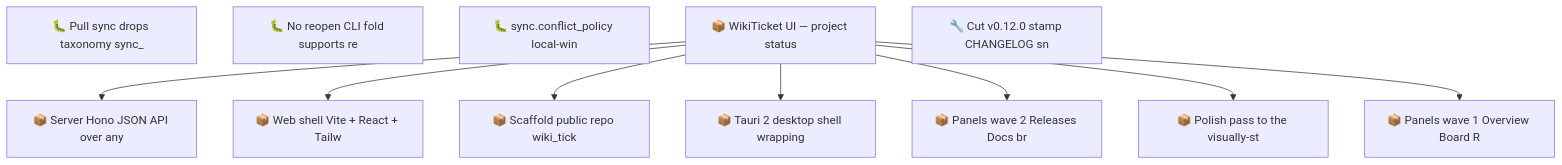
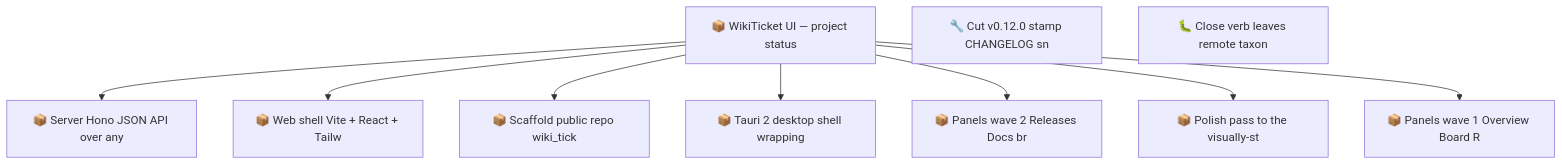
One commit to SpillwaveSolutions/wiki_ticket_sdd changed the second of 2 diagrams in docs/roadmap.md. Above: the diagram before and after it, drawn with Mermaid. The commit also changed other lines of this file and 1 other file, not shown here.

First line of the commit message:
chore: close v0.12.0 sync-fix items (PR #73 merged); sync tickets

````diff
--- a/docs/roadmap.md
+++ b/docs/roadmap.md
@@ -97,22 +90,20 @@
 ```mermaid
 graph TD
-    01KXY8V5WZJ4E76B3D39KW5DCE["🐛 Pull sync drops taxonomy sync_"]
-    01KXY8V62QH1H1V70M0Y08ARXX["🐛 No reopen CLI fold supports re"]
-    01KXY8V686YPK4ET2XFB2KW2RX["🐛 sync.conflict_policy local-win"]
     01KY111BC71KJGNH55CB2DWMKN["📦 Server Hono JSON API over any"]
     01KY111BC7B70C7M2RF1E57G17["📦 Web shell Vite + React + Tailw"]
     01KY111BC7NJ4BE7JBDK2P6Y56["📦 Scaffold public repo wiki_tick"]
     01KY111BC7PABV8W6SDNVQACSN["📦 WikiTicket UI — project status"]
     01KY111BC842N3J7Y7H85NHSEG["📦 Tauri 2 desktop shell wrapping"]
     01KY111BC88FS6QD49JADZ9CJ5["📦 Panels wave 2 Releases Docs br"]
     01KY111BC8F9BH0T3TERYEFC3C["📦 Polish pass to the visually-st"]
     01KY111BC8QJAS9KH7N368N6RF["📦 Panels wave 1 Overview Board R"]
     01KY11HDR3A5SR342DHG1BH5AZ["🔧 Cut v0.12.0 stamp CHANGELOG sn"]
+    01KY129SGV3DEX5NVAP34VV9G2["🐛 Close verb leaves remote taxon"]
     01KY111BC7PABV8W6SDNVQACSN --> 01KY111BC71KJGNH55CB2DWMKN
     01KY111BC7PABV8W6SDNVQACSN --> 01KY111BC7B70C7M2RF1E57G17
     01KY111BC7PABV8W6SDNVQACSN --> 01KY111BC7NJ4BE7JBDK2P6Y56
     01KY111BC7PABV8W6SDNVQACSN --> 01KY111BC842N3J7Y7H85NHSEG
     01KY111BC7PABV8W6SDNVQACSN --> 01KY111BC88FS6QD49JADZ9CJ5
     01KY111BC7PABV8W6SDNVQACSN --> 01KY111BC8F9BH0T3TERYEFC3C
     01KY111BC7PABV8W6SDNVQACSN --> 01KY111BC8QJAS9KH7N368N6RF
 ```
````
